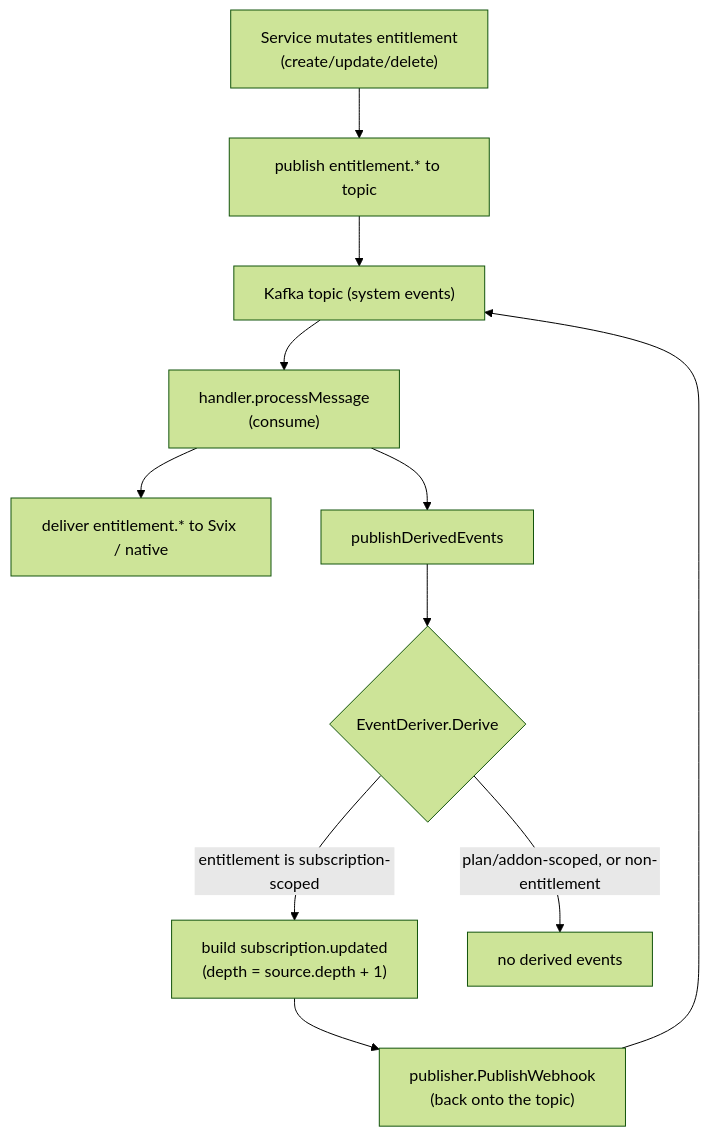
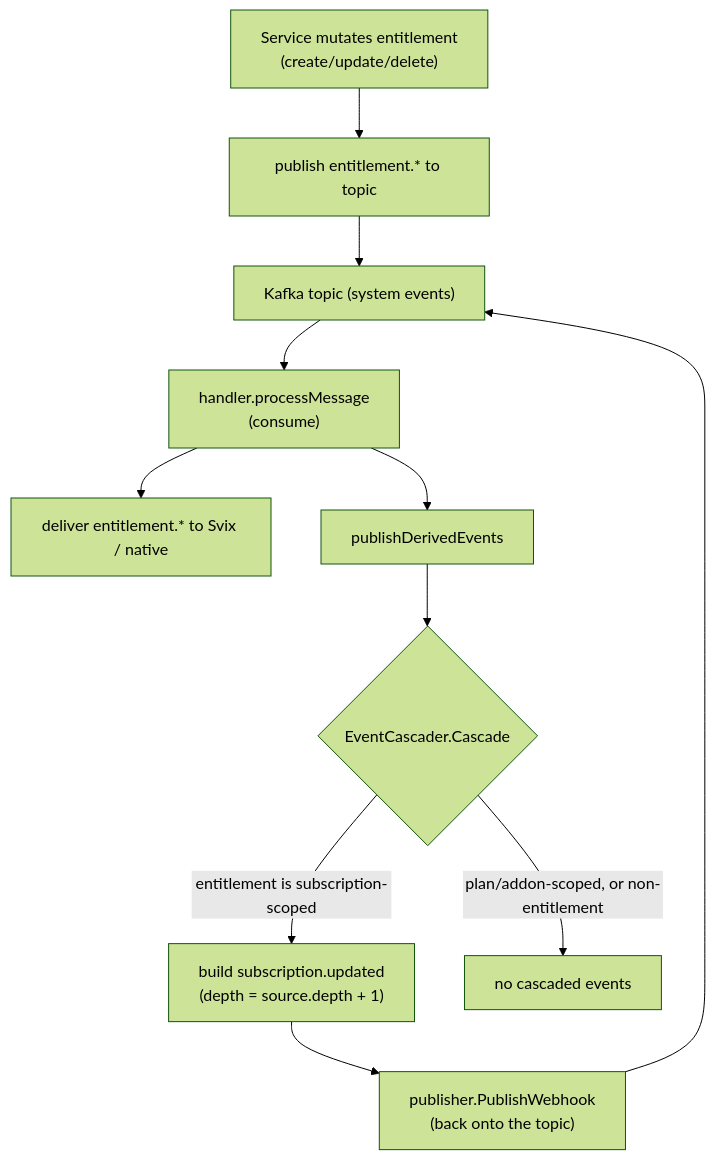
The second of 2 diagrams in docs/design/2026-07-24-subscription-updated-webhook-derivation.md (flexprice/flexprice), drawn with Mermaid (forest theme) before and after one commit. The commit also changed other lines of this file and 8 other files, not shown here.

````diff
--- a/docs/design/2026-07-24-subscription-updated-webhook-derivation.md
+++ b/docs/design/2026-07-24-subscription-updated-webhook-derivation.md
@@ -83,13 +83,13 @@
 ```mermaid
 flowchart TD
     A["Service mutates entitlement<br/>(create/update/delete)"] --> B["publish entitlement.* to topic"]
     B --> C["Kafka topic (system events)"]
     C --> D["handler.processMessage<br/>(consume)"]
     D --> E["deliver entitlement.* to Svix / native"]
     D --> F["publishDerivedEvents"]
-    F --> G{"EventDeriver.Derive"}
+    F --> G{"EventCascader.Cascade"}
     G -->|entitlement is subscription-scoped| H["build subscription.updated<br/>(depth = source.depth + 1)"]
-    G -->|plan/addon-scoped, or non-entitlement| I["no derived events"]
+    G -->|plan/addon-scoped, or non-entitlement| I["no cascaded events"]
     H --> J["publisher.PublishWebhook<br/>(back onto the topic)"]
     J --> C
 ```
````
